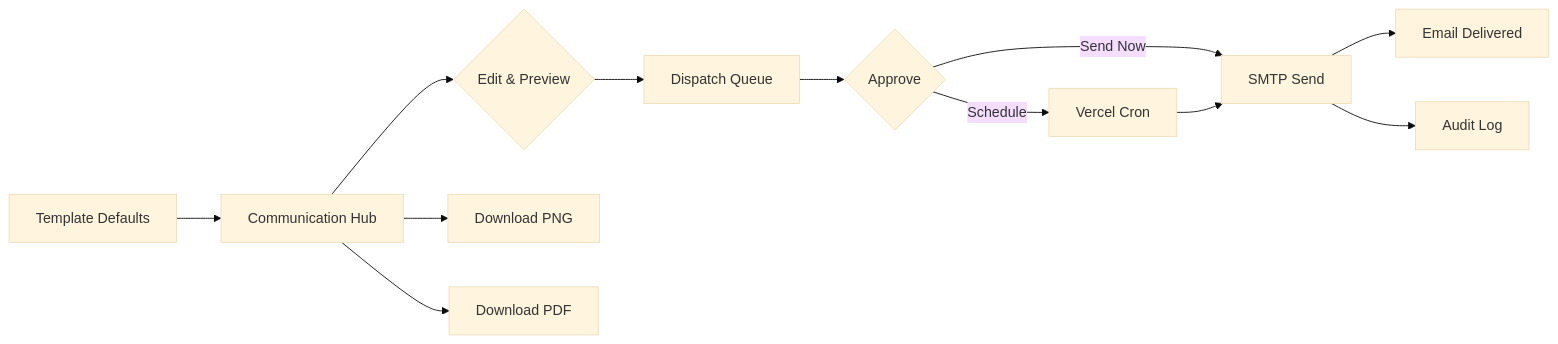
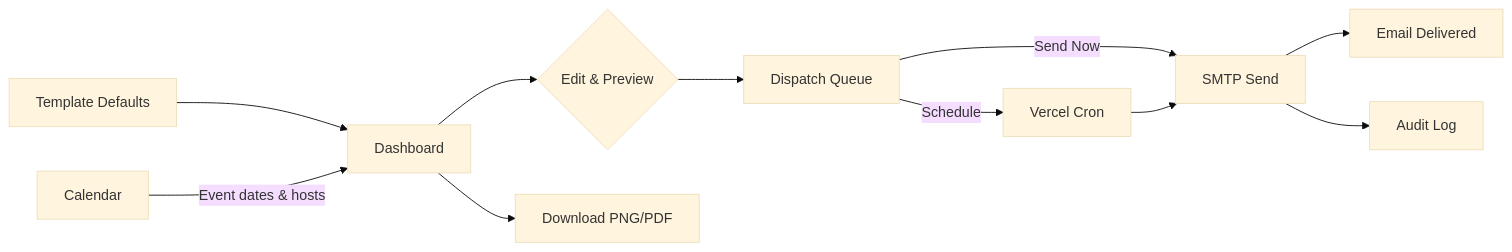
Before and after one commit to jpurusho/ccisr-connect: the third of 4 diagrams in README.md, drawn with Mermaid (base theme). The commit also changed other lines of this file and 1 other file, not shown here.

First line of the commit message:
docs: architecture assessment + README update for v1.35

````diff
--- a/README.md
+++ b/README.md
@@ -105,14 +113,13 @@
 ```mermaid
 flowchart LR
-    A[Template Defaults] --> B[Communication Hub]
-    B --> C{Edit & Preview}
-    C --> D[Dispatch Queue]
-    D --> E{Approve}
-    E -->|Send Now| F[SMTP Send]
-    E -->|Schedule| G[Vercel Cron]
-    G --> F
-    F --> H[Email Delivered]
-    F --> I[Audit Log]
-    B --> J[Download PNG]
-    B --> K[Download PDF]
+    T[Template Defaults] --> D[Dashboard]
+    C[Calendar] -->|Event dates & hosts| D
+    D --> E{Edit & Preview}
+    E --> Q[Dispatch Queue]
+    Q -->|Send Now| S[SMTP Send]
+    Q -->|Schedule| CR[Vercel Cron]
+    CR --> S
+    S --> H[Email Delivered]
+    S --> A[Audit Log]
+    D --> P[Download PNG/PDF]
 ```
````
